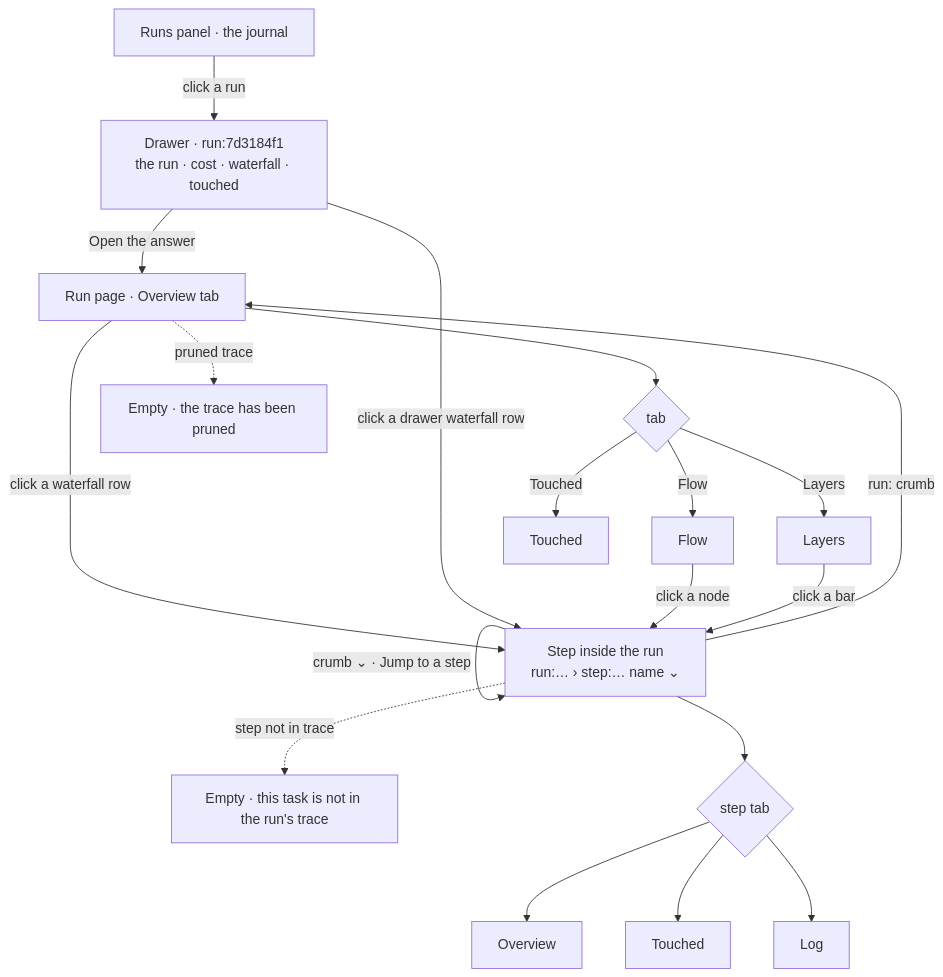
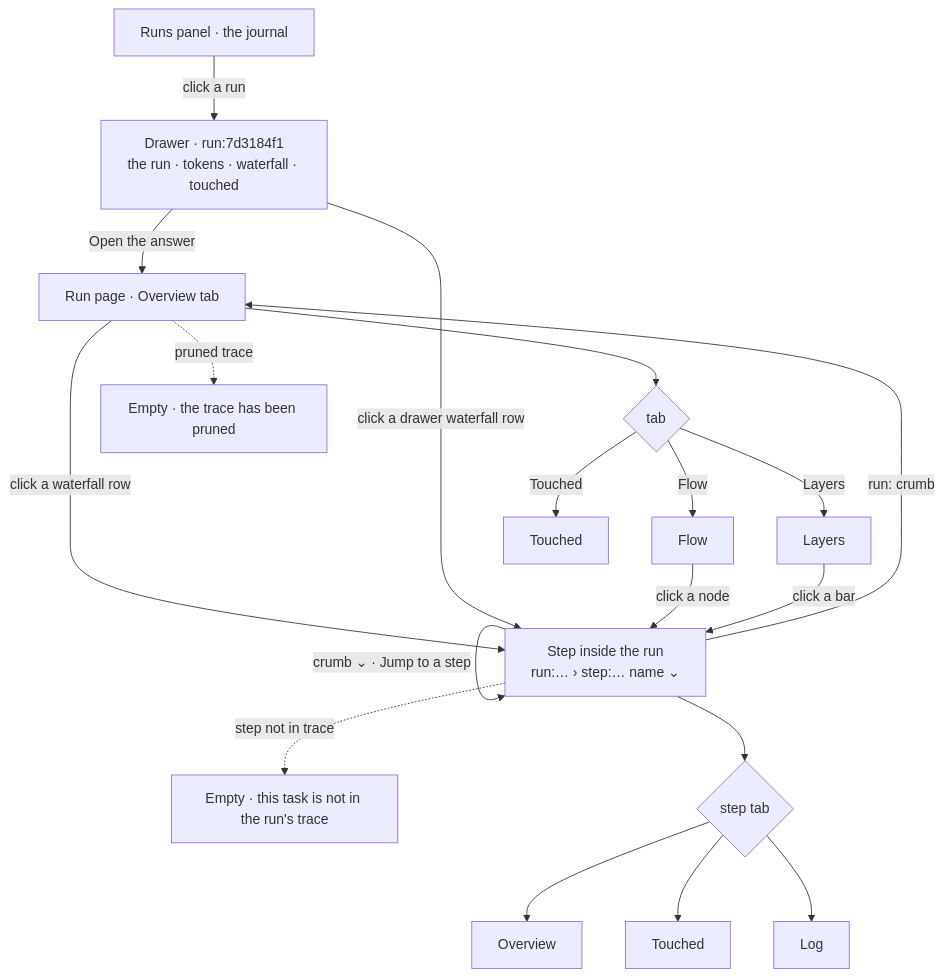
Before and after one commit to invana/invana: the third of 3 diagrams in docs/for-developers/modules/operate/features/see-what-ran.md, drawn with Mermaid. The commit also changed other lines of this file and 172 other files, not shown here.

````diff
--- a/docs/for-developers/modules/operate/features/see-what-ran.md
+++ b/docs/for-developers/modules/operate/features/see-what-ran.md
@@ -129,20 +129,20 @@
 ```mermaid
 flowchart TD
-  A[Runs panel · the journal] -->|click a run| B[Drawer · run:7d3184f1<br/>the run · cost · waterfall · touched]
+  A[Runs panel · the journal] -->|click a run| B[Drawer · run:7d3184f1<br/>the run · tokens · waterfall · touched]
   B -->|Open the answer| C[Run page · Overview tab]
   C --> T{tab}
   T -->|Layers| L[Layers]
   T -->|Flow| F[Flow]
   T -->|Touched| X[Touched]
   C -->|click a waterfall row| S[Step inside the run<br/>run:… › step:… name ⌄]
   B -->|click a drawer waterfall row| S
   F -->|click a node| S
   L -->|click a bar| S
   S -->|‹ ›| S
   S -->|crumb ⌄ · Jump to a step| S
   S -->|run: crumb| C
   S --> ST{step tab}
   ST --> SO[Overview] & SX[Touched] & SL[Log]
   C -. pruned trace .-> E[Empty · the trace has been pruned]
   S -. step not in trace .-> E2[Empty · this task is not in the run's trace]
 ```
````
